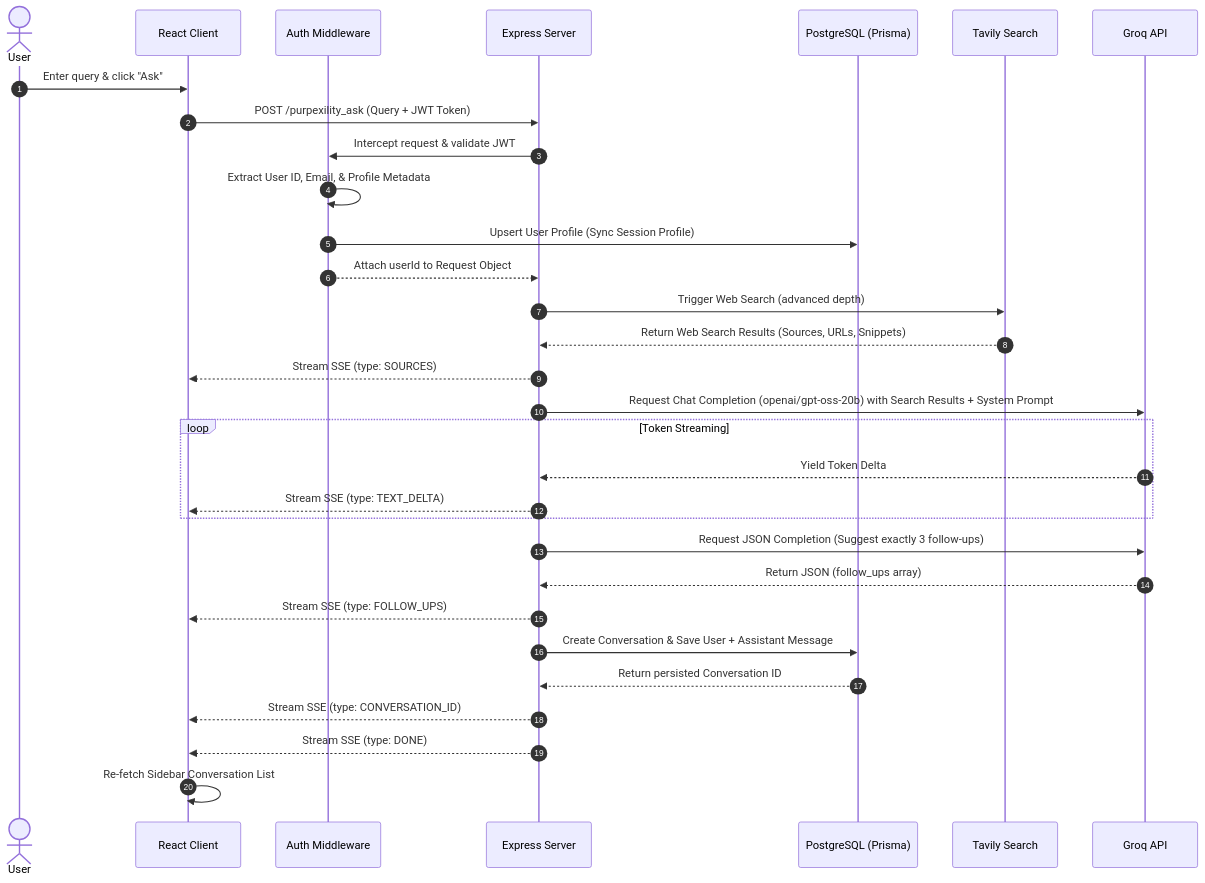
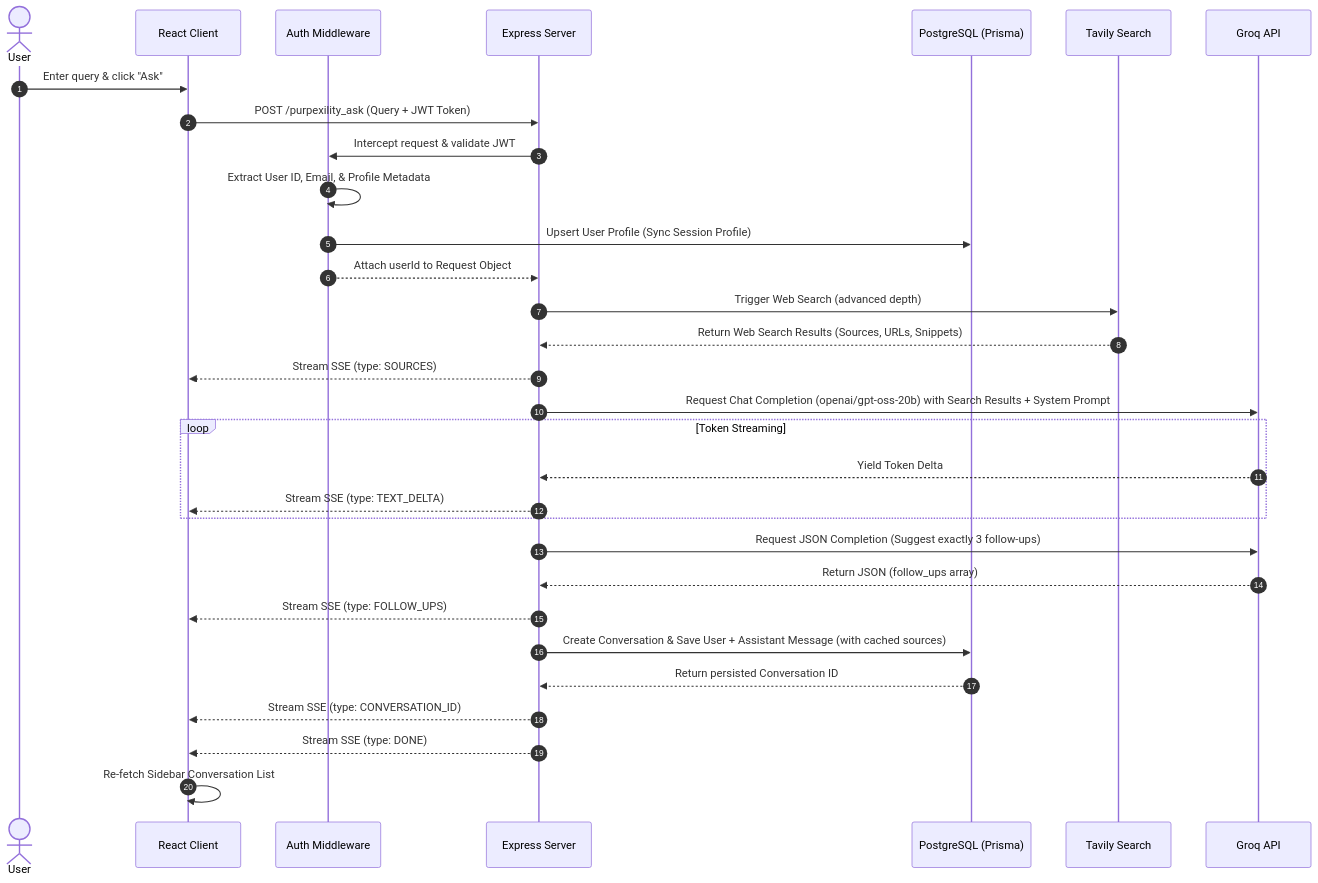
One commit to anujsolania/DeepFind changed the second of 2 diagrams in README.md. Above: the diagram before and after it, drawn with Mermaid. The commit also changed other lines of this file, not shown here.

````diff
--- a/README.md
+++ b/README.md
@@ -64,34 +64,34 @@
 ```mermaid
 sequenceDiagram
     autonumber
     actor User
     participant Frontend as React Client
     participant Middleware as Auth Middleware
     participant Backend as Express Server
     participant DB as PostgreSQL (Prisma)
     participant Search as Tavily Search
     participant LLM as Groq API
 
     User->>Frontend: Enter query & click "Ask"
     Frontend->>Backend: POST /purpexility_ask (Query + JWT Token)
     Backend->>Middleware: Intercept request & validate JWT
     Middleware->>Middleware: Extract User ID, Email, & Profile Metadata
     Middleware->>DB: Upsert User Profile (Sync Session Profile)
     Middleware-->>Backend: Attach userId to Request Object
     Backend->>Search: Trigger Web Search (advanced depth)
     Search-->>Backend: Return Web Search Results (Sources, URLs, Snippets)
     Backend-->>Frontend: Stream SSE (type: SOURCES)
     Backend->>LLM: Request Chat Completion (openai/gpt-oss-20b) with Search Results + System Prompt
     loop Token Streaming
         LLM-->>Backend: Yield Token Delta
         Backend-->>Frontend: Stream SSE (type: TEXT_DELTA)
     end
     Backend->>LLM: Request JSON Completion (Suggest exactly 3 follow-ups)
     LLM-->>Backend: Return JSON (follow_ups array)
     Backend-->>Frontend: Stream SSE (type: FOLLOW_UPS)
-    Backend->>DB: Create Conversation & Save User + Assistant Message
+    Backend->>DB: Create Conversation & Save User + Assistant Message (with cached sources)
     DB-->>Backend: Return persisted Conversation ID
     Backend-->>Frontend: Stream SSE (type: CONVERSATION_ID)
     Backend-->>Frontend: Stream SSE (type: DONE)
     Frontend->>Frontend: Re-fetch Sidebar Conversation List
 ```
````
